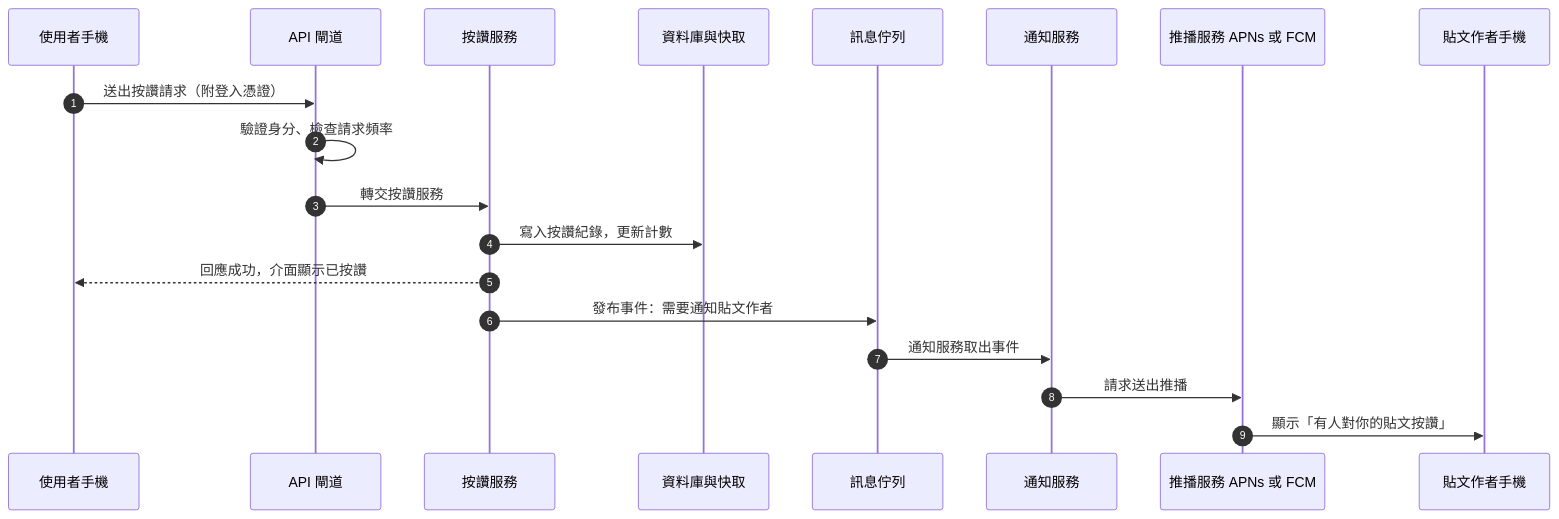
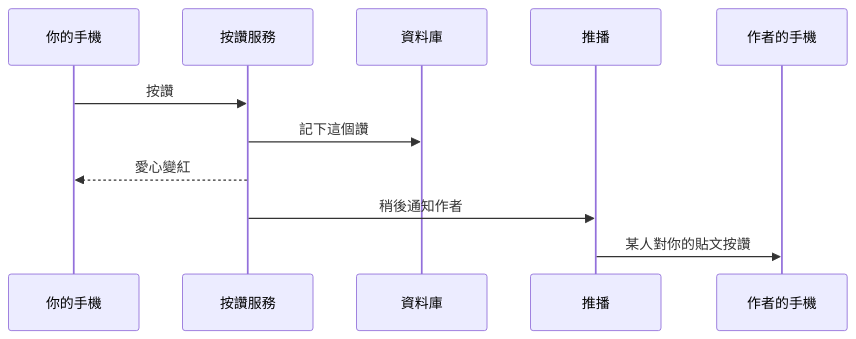
Before and after one commit to cychiang-ntpu/VibeNTPU: the second of 2 diagrams in lectures/wk01_1007_saas-storefront/social_media_architecture.md, drawn with Mermaid. The commit also changed other lines of this file and 41 other files, not shown here.

````diff
--- a/lectures/wk01_1007_saas-storefront/social_media_architecture.md
+++ b/lectures/wk01_1007_saas-storefront/social_media_architecture.md
@@ -128,22 +69,13 @@
 ```mermaid
 sequenceDiagram
-    autonumber
-    participant U as 使用者手機
-    participant GW as API 閘道
-    participant LIKE as 按讚服務
-    participant DB as 資料庫與快取
-    participant MQ as 訊息佇列
-    participant NOTI as 通知服務
-    participant PUSH as 推播服務 APNs 或 FCM
-    participant F as 貼文作者手機
-
-    U->>GW: 送出按讚請求（附登入憑證）
-    GW->>GW: 驗證身分、檢查請求頻率
-    GW->>LIKE: 轉交按讚服務
-    LIKE->>DB: 寫入按讚紀錄，更新計數
-    LIKE-->>U: 回應成功，介面顯示已按讚
-    LIKE->>MQ: 發布事件：需要通知貼文作者
-    MQ->>NOTI: 通知服務取出事件
-    NOTI->>PUSH: 請求送出推播
-    PUSH->>F: 顯示「有人對你的貼文按讚」
+    participant U as 你的手機
+    participant S as 按讚服務
+    participant DB as 資料庫
+    participant P as 推播
+    participant A as 作者的手機
+    U->>S: 按讚
+    S->>DB: 記下這個讚
+    S-->>U: 愛心變紅
+    S->>P: 稍後通知作者
+    P->>A: 某人對你的貼文按讚
 ```
````
